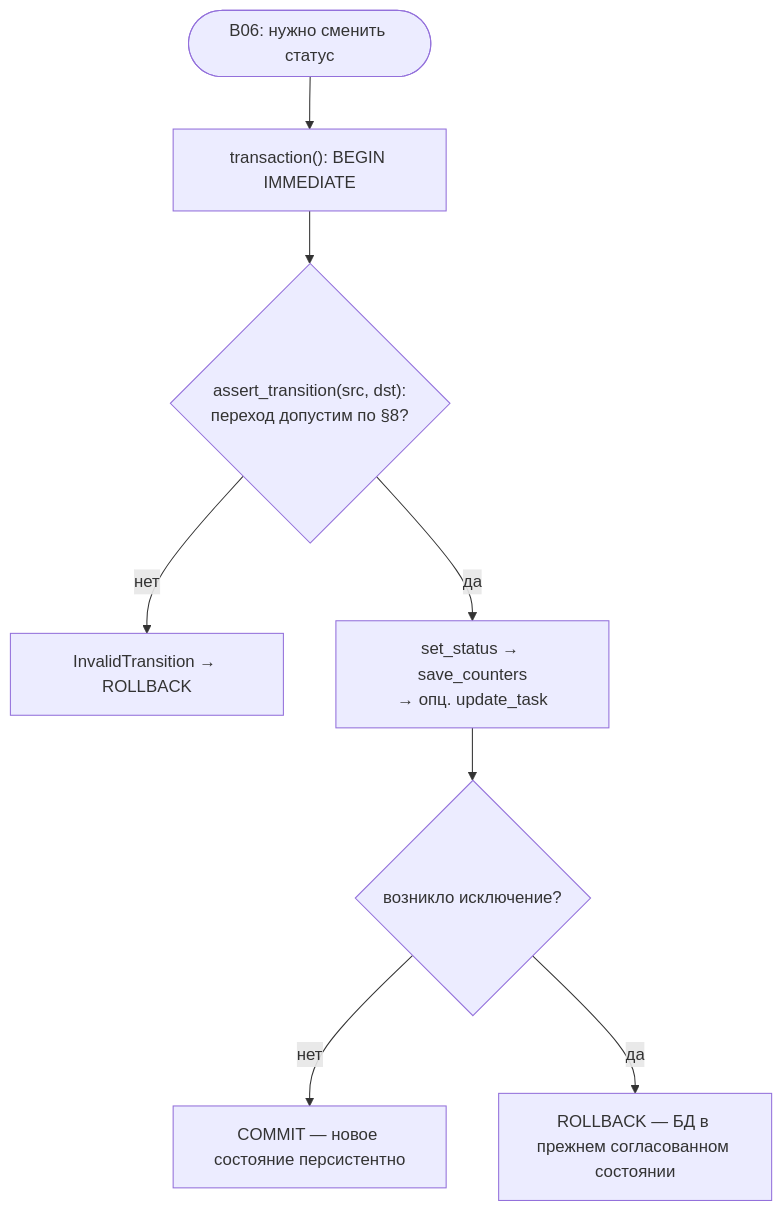
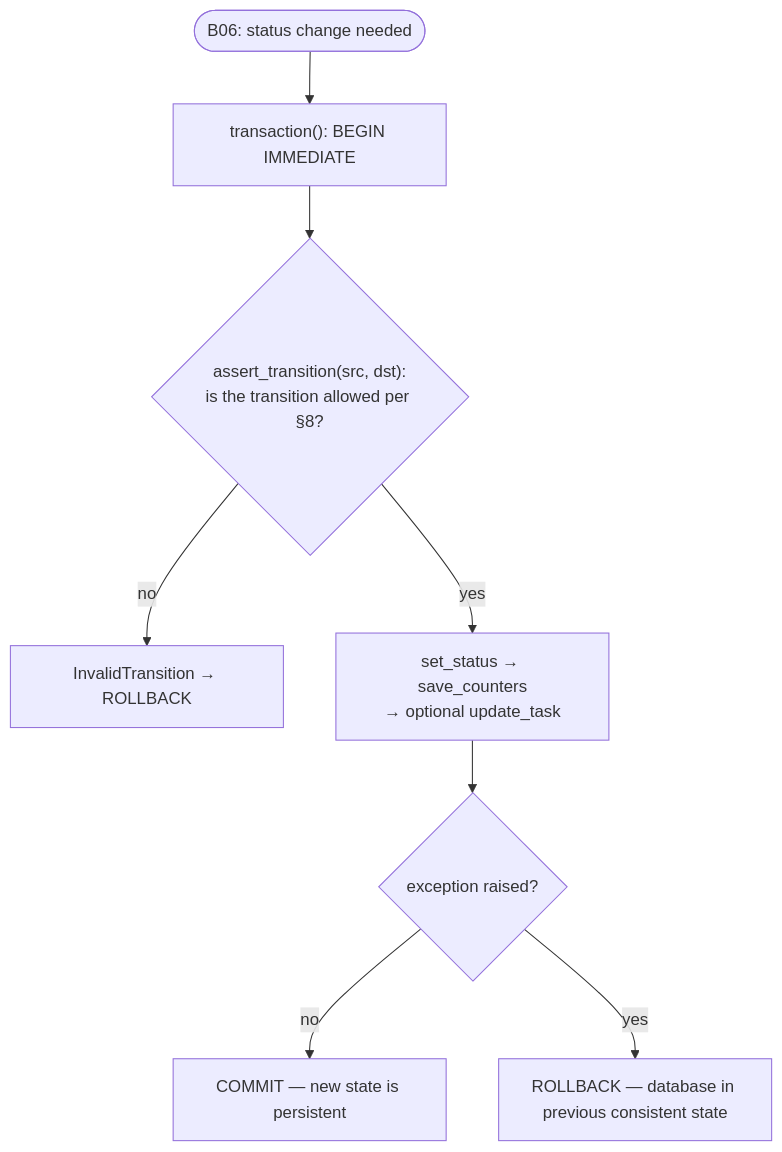
Before and after one commit to VladimirMakarevich/wastech-orchestrator: the diagram in docs/functional/blocks/B07-state-machine-and-store.md, drawn with Mermaid. The commit also changed other lines of this file and 41 other files, not shown here.

Commit message:
docs: translate system flows documentation from Russian to English, ensuring clarity and consistency in terminology. Update sequence diagrams and flowcharts to reflect the changes in language. Maintain the structure and references to blocks for ease of navigation.

````diff
--- a/docs/functional/blocks/B07-state-machine-and-store.md
+++ b/docs/functional/blocks/B07-state-machine-and-store.md
@@ -57,10 +57,10 @@
 ```mermaid
 flowchart TB
-    start(["B06: нужно сменить статус"]) --> tx["transaction(): BEGIN IMMEDIATE"]
-    tx --> assert{"assert_transition(src, dst):<br/>переход допустим по §8?"}
-    assert -->|нет| inv["InvalidTransition → ROLLBACK"]
-    assert -->|да| setp["set_status → save_counters<br/>→ опц. update_task"]
-    setp --> ok{"возникло исключение?"}
-    ok -->|нет| commit["COMMIT — новое состояние персистентно"]
-    ok -->|да| rb["ROLLBACK — БД в прежнем согласованном состоянии"]
+    start(["B06: status change needed"]) --> tx["transaction(): BEGIN IMMEDIATE"]
+    tx --> assert{"assert_transition(src, dst):<br/>is the transition allowed per §8?"}
+    assert -->|no| inv["InvalidTransition → ROLLBACK"]
+    assert -->|yes| setp["set_status → save_counters<br/>→ optional update_task"]
+    setp --> ok{"exception raised?"}
+    ok -->|no| commit["COMMIT — new state is persistent"]
+    ok -->|yes| rb["ROLLBACK — database in previous consistent state"]
 ```
````
